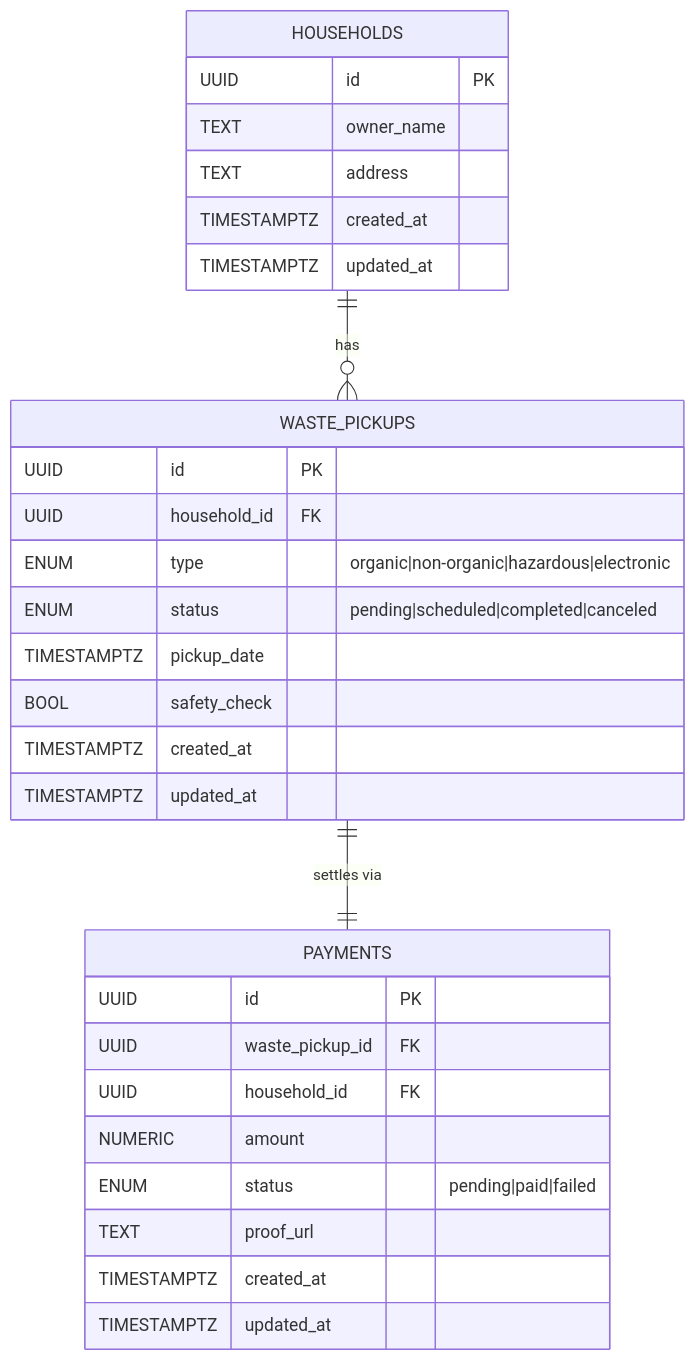
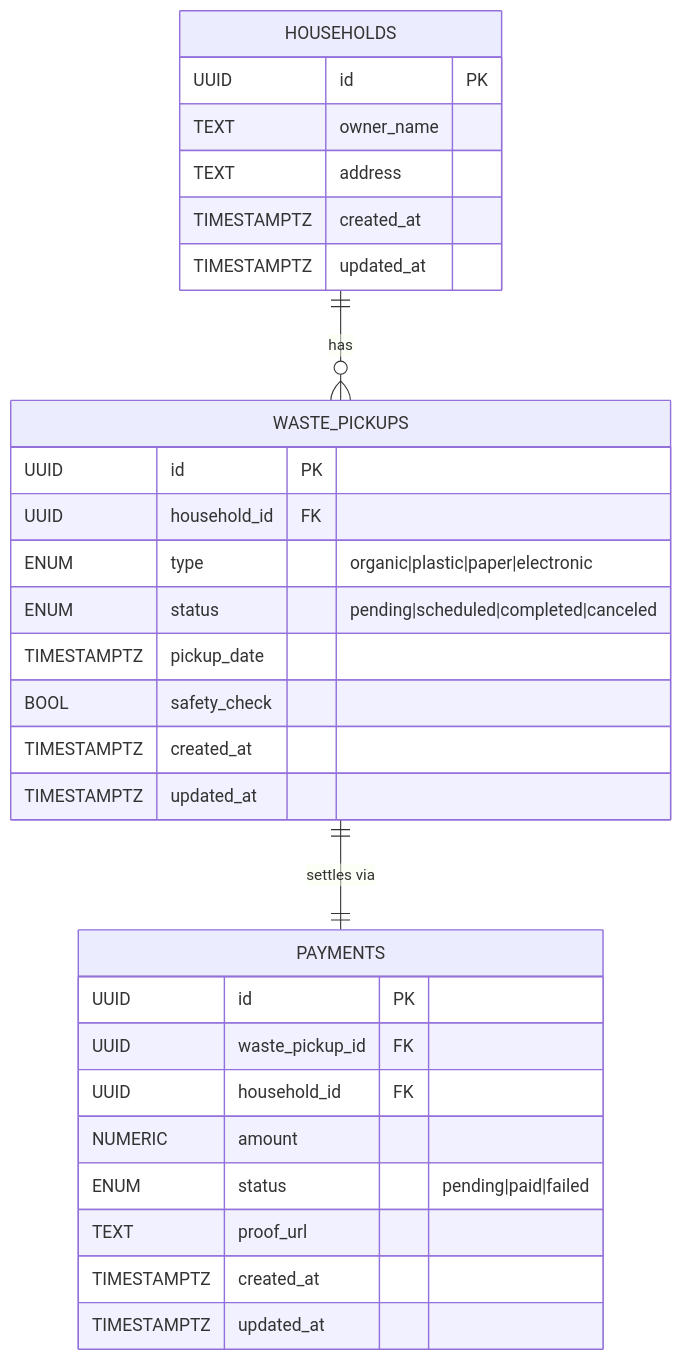
The first of 2 diagrams in README.md (fairyhunter13/community-waste-collection-system), drawn with Mermaid before and after one commit. The commit also changed 2 other files, not shown here.

Commit message:
fix(e2e): seek multipart.File before S3 upload; add rate-limiter recovery sleep
Two E2E failures fixed:

1. Payment confirm 500 — io.MultiReader is not seekable; AWS SDK v2
   requires io.ReadSeeker on non-TLS endpoints to compute payload SHA256.
   Replace MultiReader with file.Seek(0, io.SeekStart): multipart.File
   already satisfies io.Seeker so no data is re-read.

2. TestWasteSummary_WithData 429 — TestRateLimit_429EnvelopeWithMeta
   fires 150 parallel requests ~80ms before this test runs (alphabetical
   order R < W), exhausting the burst bucket. A 300ms sleep restores
   ~15 tokens at the configured 50 RPS, enough for the 3 pickup creates.

Also corrects the ERD waste-type enum in the README: organic|plastic|paper|electronic
matches internal/domain/pickup.go and the DB migration.

````diff
--- a/README.md
+++ b/README.md
@@ -334,35 +334,35 @@
 ```mermaid
 erDiagram
     HOUSEHOLDS ||--o{ WASTE_PICKUPS : has
     WASTE_PICKUPS ||--|| PAYMENTS : "settles via"
 
     HOUSEHOLDS {
         UUID        id          PK
         TEXT        owner_name
         TEXT        address
         TIMESTAMPTZ created_at
         TIMESTAMPTZ updated_at
     }
 
     WASTE_PICKUPS {
         UUID        id              PK
         UUID        household_id    FK
-        ENUM        type            "organic|non-organic|hazardous|electronic"
+        ENUM        type            "organic|plastic|paper|electronic"
         ENUM        status          "pending|scheduled|completed|canceled"
         TIMESTAMPTZ pickup_date
         BOOL        safety_check
         TIMESTAMPTZ created_at
         TIMESTAMPTZ updated_at
     }
 
     PAYMENTS {
         UUID        id              PK
         UUID        waste_pickup_id FK
         UUID        household_id    FK
         NUMERIC     amount
         ENUM        status          "pending|paid|failed"
         TEXT        proof_url
         TIMESTAMPTZ created_at
         TIMESTAMPTZ updated_at
     }
 ```
````
